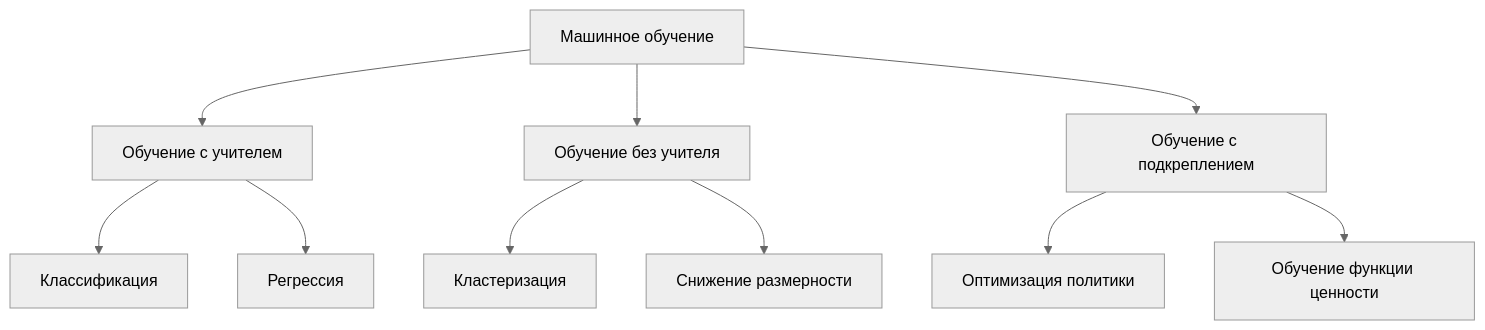
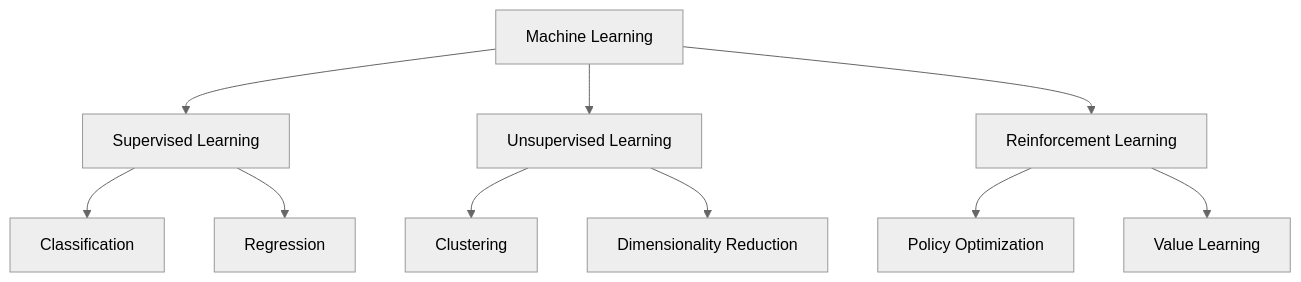
The second of 6 diagrams in phases/02-ml-fundamentals/01-what-is-machine-learning/docs/ru.md (stabuev/ai-engineering-from-scratch), drawn with Mermaid (neutral theme) before and after one commit. The commit also changed other lines of this file and 182 other files, not shown here.

````diff
--- a/phases/02-ml-fundamentals/01-what-is-machine-learning/docs/ru.md
+++ b/phases/02-ml-fundamentals/01-what-is-machine-learning/docs/ru.md
@@ -56,15 +56,15 @@
 ```mermaid
 flowchart TD
-    ML[Машинное обучение] --> SL[Обучение с учителем]
-    ML --> UL[Обучение без учителя]
-    ML --> RL[Обучение с подкреплением]
+    ML[Machine Learning] --> SL[Supervised Learning]
+    ML --> UL[Unsupervised Learning]
+    ML --> RL[Reinforcement Learning]
 
-    SL --> C[Классификация]
-    SL --> R[Регрессия]
+    SL --> C[Classification]
+    SL --> R[Regression]
 
-    UL --> CL[Кластеризация]
-    UL --> DR[Снижение размерности]
+    UL --> CL[Clustering]
+    UL --> DR[Dimensionality Reduction]
 
-    RL --> PO[Оптимизация политики]
-    RL --> VL[Обучение функции ценности]
+    RL --> PO[Policy Optimization]
+    RL --> VL[Value Learning]
 ```
````
